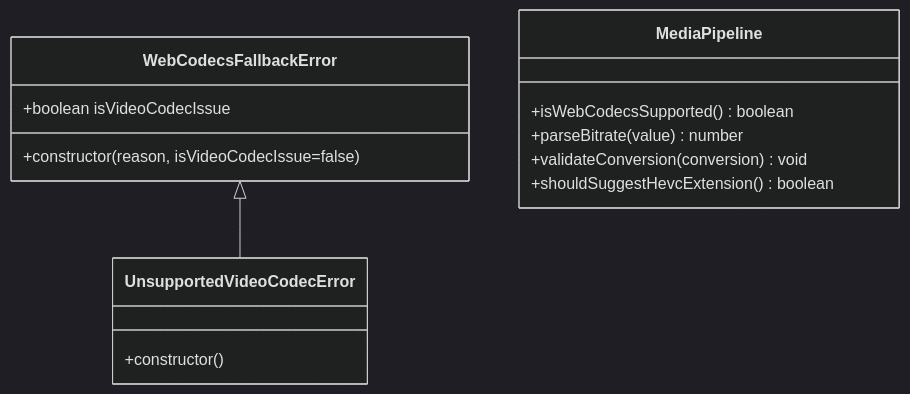
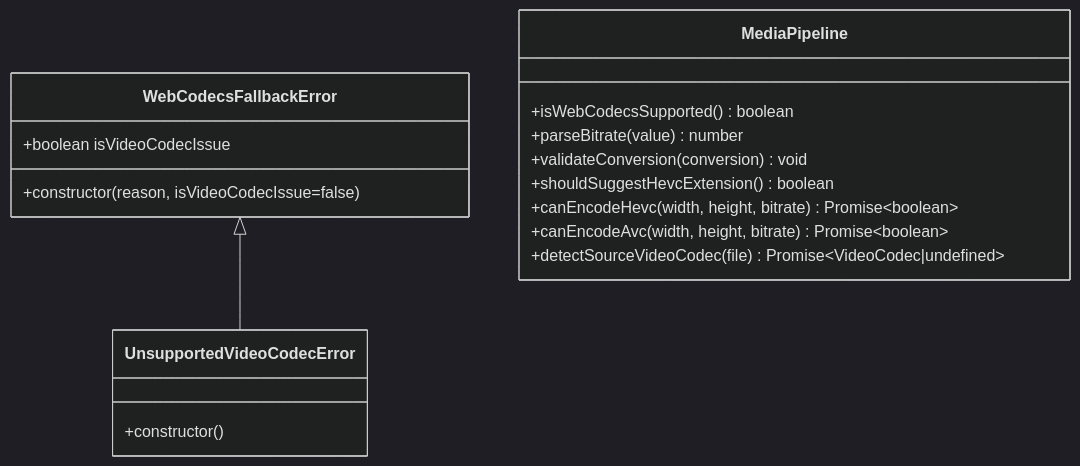
Before and after one commit to sgyy/privadeck: the sixth of 11 diagrams in .qoder/repowiki/zh/content/核心模块/媒体处理管道.md, drawn with Mermaid (dark theme). The commit also changed other lines of this file and 10 other files, not shown here.

````diff
--- a/.qoder/repowiki/zh/content/核心模块/媒体处理管道.md
+++ b/.qoder/repowiki/zh/content/核心模块/媒体处理管道.md
@@ -186,17 +258,20 @@
 ```mermaid
 classDiagram
 class WebCodecsFallbackError {
 +boolean isVideoCodecIssue
 +constructor(reason, isVideoCodecIssue=false)
 }
 class UnsupportedVideoCodecError {
 +constructor()
 }
 class MediaPipeline {
 +isWebCodecsSupported() boolean
 +parseBitrate(value) number
 +validateConversion(conversion) void
 +shouldSuggestHevcExtension() boolean
++canEncodeHevc(width, height, bitrate) Promise~boolean~
++canEncodeAvc(width, height, bitrate) Promise~boolean~
++detectSourceVideoCodec(file) Promise~VideoCodec|undefined~
 }
 WebCodecsFallbackError <|-- UnsupportedVideoCodecError
 ```
````
